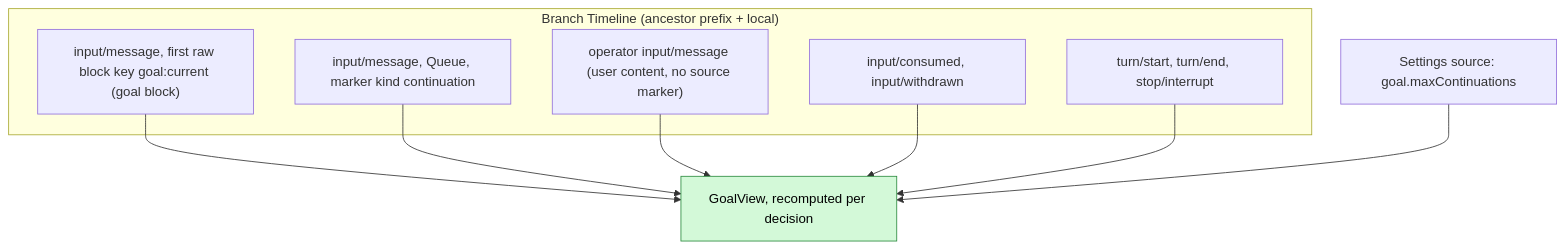
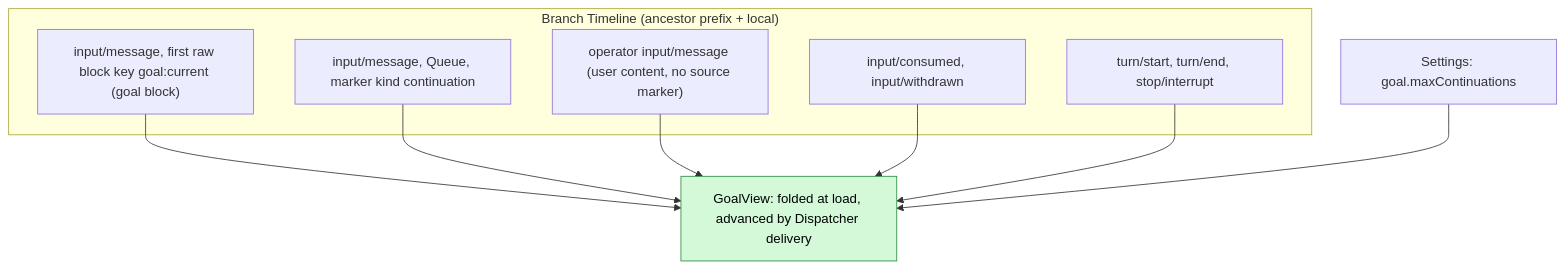
The second of 6 diagrams in docs/design/plugins/Goal.md (CoutinhoTTS/dim-agent), drawn with Mermaid before and after one commit. The commit also changed other lines of this file and 3 other files, not shown here.

Commit message:
docs(design): rescope Questions, Goal, ShellInput and Attachments per ADR 002

````diff
--- a/docs/design/plugins/Goal.md
+++ b/docs/design/plugins/Goal.md
@@ -48,19 +47,19 @@
 ```mermaid
 flowchart TB
   subgraph TLB["Branch Timeline (ancestor prefix + local)"]
-    GB["input/message, first raw block key goal:current (goal block)"]
+    GBK["input/message, first raw block key goal:current (goal block)"]
     CI["input/message, Queue, marker kind continuation"]
     OI["operator input/message (user content, no source marker)"]
     IC["input/consumed, input/withdrawn"]
     TE["turn/start, turn/end, stop/interrupt"]
   end
-  CFG["Settings source: goal.maxContinuations"]
-  VIEW["GoalView, recomputed per decision"]:::new
-  GB --> VIEW
+  CFG["Settings: goal.maxContinuations"]
+  VIEW["GoalView: folded at load, advanced by Dispatcher delivery"]:::new
+  GBK --> VIEW
   CI --> VIEW
   OI --> VIEW
   IC --> VIEW
   TE --> VIEW
   CFG --> VIEW
   classDef new fill:#d3f9d8,stroke:#2b8a3e,color:#000
 ```
````
